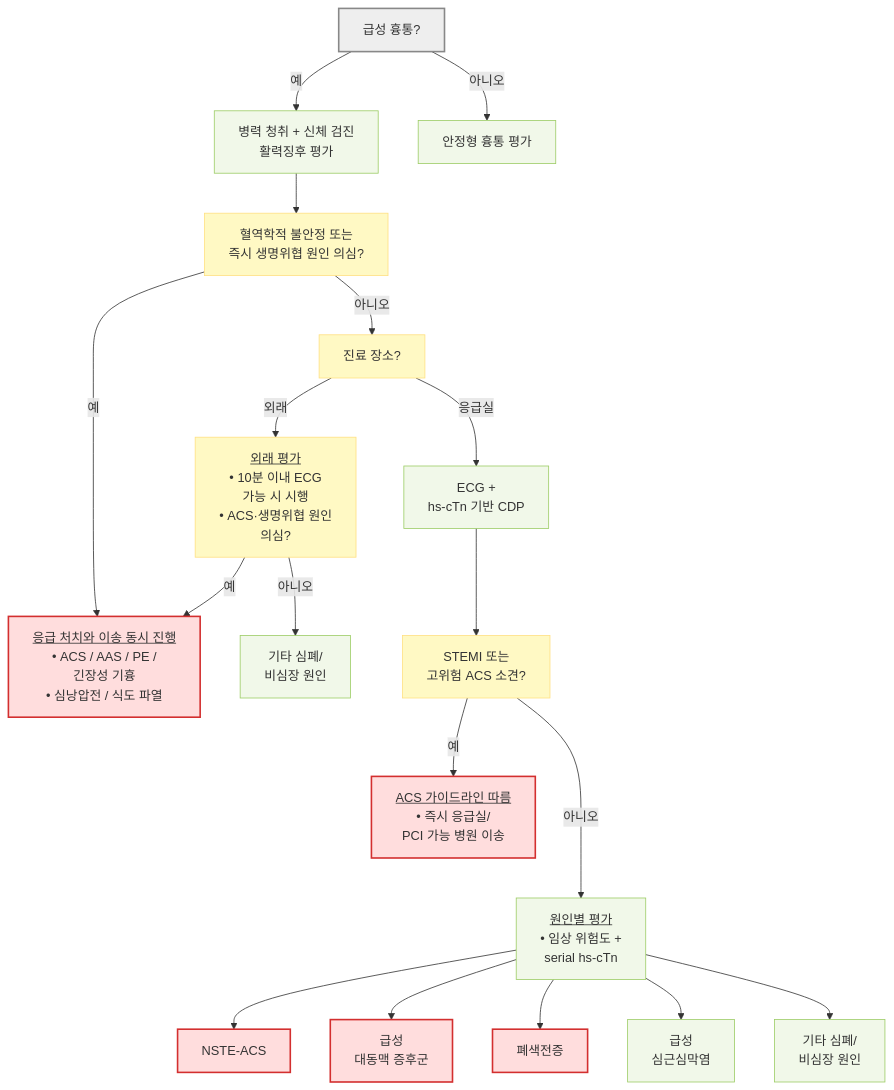
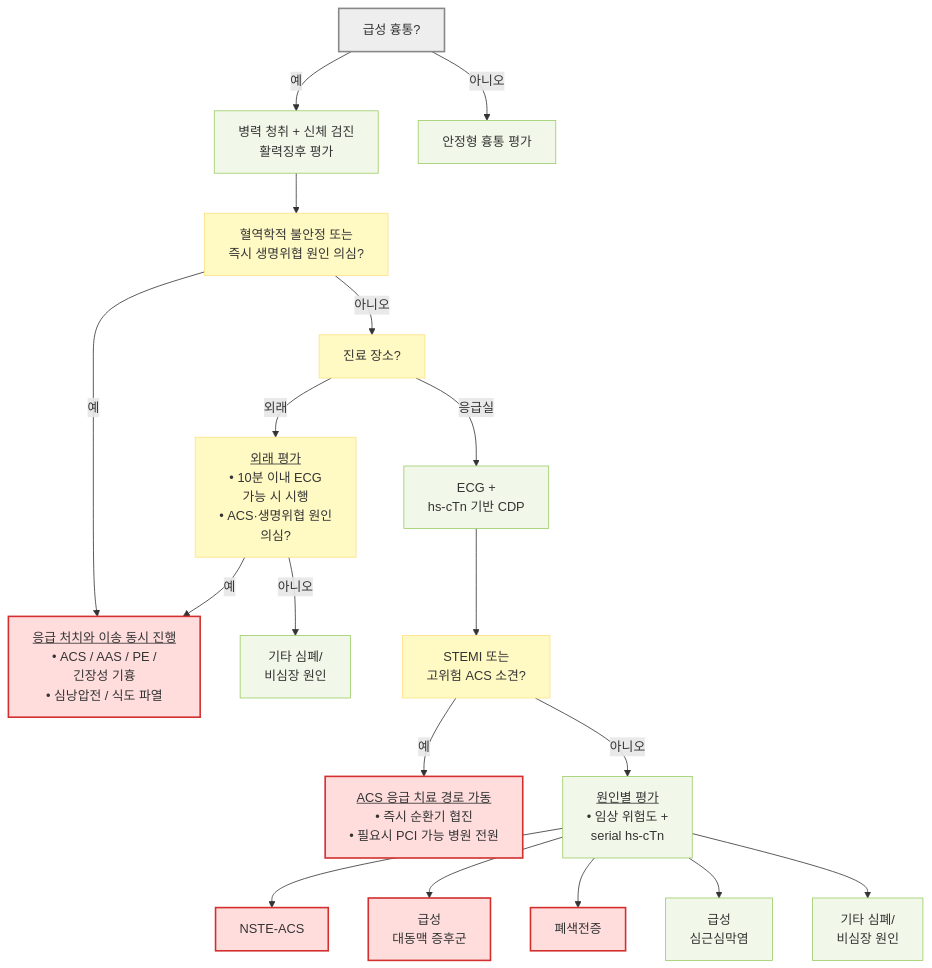
One commit to familyoh77/familyoh77 changed the first of 2 diagrams in 220_/002_-chest-pain.md. Above: the diagram before and after it, drawn with Mermaid. The commit also changed other lines of this file, not shown here.

````diff
--- a/220_/002_-chest-pain.md
+++ b/220_/002_-chest-pain.md
@@ -145,31 +151,31 @@
 ```mermaid
 flowchart TD
     A["급성 흉통?"] -- "예" --> B["병력 청취 + 신체 검진 <br/> 활력징후 평가"]
     A -- "아니오" --> Z["안정형 흉통 평가"]
     B --> L["혈역학적 불안정 또는 <br/>즉시 생명위협 원인 의심?"]
     L -- "예" --> R["<u>응급 처치와 이송 동시 진행</u><br/>• ACS / AAS / PE / <br/>긴장성 기흉<br/>• 심낭압전 / 식도 파열"]
     L -- "아니오" --> C["진료 장소?"]
     C -- "외래" --> O["<u>외래 평가</u><br/>• 10분 이내 ECG <br/>가능 시 시행<br/>• ACS·생명위협 원인 <br/>의심?"]
     C -- "응급실" --> T["ECG + <br/>hs-cTn 기반 CDP"]
     O -- "예" --> R
     O -- "아니오" --> K1["기타 심폐/ <br/>비심장 원인"]
     T --> Q["STEMI 또는 <br/>고위험 ACS 소견?"]
-    Q -- "예" --> D["<u>ACS 가이드라인 따름</u><br/>• 즉시 응급실/<br/>PCI 가능 병원 이송"]
-    Q -- "아니오" ---> E["<u>원인별 평가</u><br/>• 임상 위험도 + <br/>serial hs-cTn"]
+    Q -- "예" --> D["<u>ACS 응급 치료 경로 가동</u><br/>• 즉시 순환기 협진<br/>• 필요시 PCI 가능 병원 전원"]
+    Q -- "아니오" --> E["<u>원인별 평가</u><br/>• 임상 위험도 + <br/>serial hs-cTn"]
     E --> G["NSTE-ACS"]
     E --> H["급성 <br/>대동맥 증후군"]
     E --> I["폐색전증"]
     E --> J["급성 <br/>심근심막염"]
     E --> K["기타 심폐/ <br/>비심장 원인"]
     classDef start fill:#eeeeee,stroke:#888888,stroke-width:2px
     classDef question fill:#fff9c4,stroke:#ffe082
     classDef emergency fill:#ffdddd,stroke:#d32f2f,stroke-width:2px
     classDef evaluation fill:#f1f8e9,stroke:#9ccc65
     classDef treatment fill:#e3f2fd,stroke:#64b5f6
     class A start
     class L,C,O,Q question
     class R,D,G,H,I emergency
     class B,Z,T,E,J,K,K1 evaluation
 
 
 ```
````
